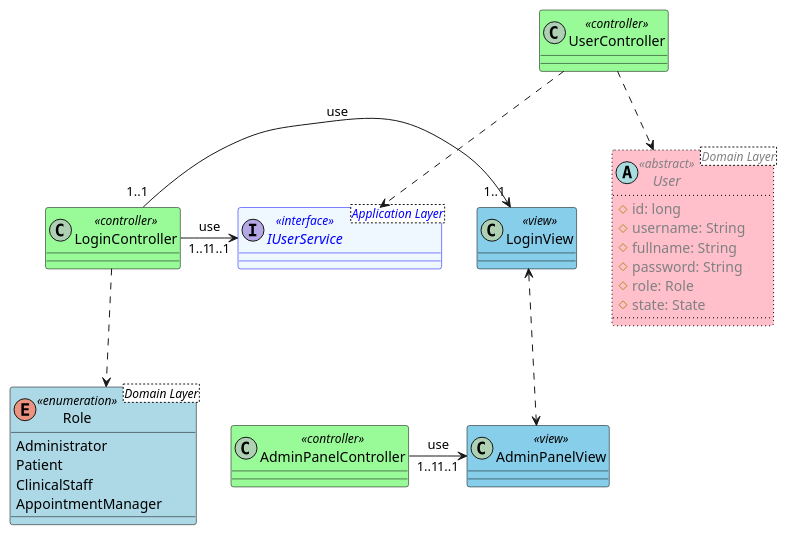
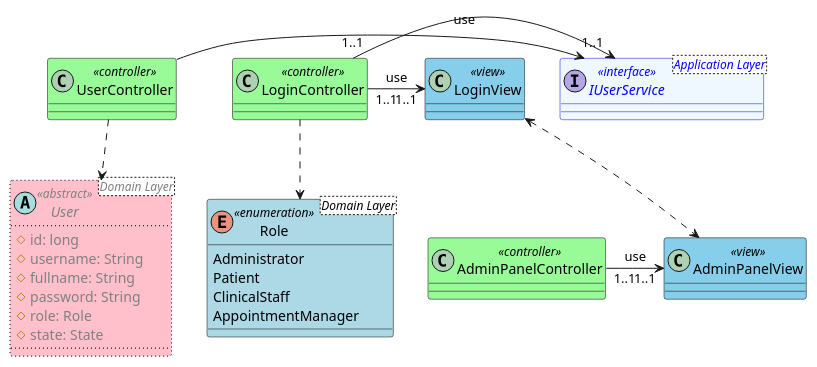
One commit to FernandoMulato/Piedrazul-Medical-Services-Network changed the diagram in 1.Project-with_Monolithic_Architecture/mod_app_piedrazul_medical_services_network/Presentation/dClassPresentation.puml. Above: the diagram before and after it, drawn with PlantUML. The commit also changed 3 other files, not shown here.

```diff
--- a/1.Project-with_Monolithic_Architecture/mod_app_piedrazul_medical_services_network/Presentation/dClassPresentation.puml
+++ b/1.Project-with_Monolithic_Architecture/mod_app_piedrazul_medical_services_network/Presentation/dClassPresentation.puml
@@ -1,49 +1,49 @@
 @startuml PresentationClasses
 
 class UserController <<controller>> #PaleGreen;line:Black;text:Black {
 
 }
 
 class LoginView <<view>> #SkyBlue;line:Black;text:Black {
 
 }
 
 class AdminPanelView <<view>> #SkyBlue;line:Black;text:Black {
 }
 
 class LoginController <<controller>> #PaleGreen;line:Black;text:Black {
 }
 
 class AdminPanelController <<controller>> #PaleGreen;line:Black;text:Black {
 }
 
 ' from domain layer
 abstract User<Domain Layer> <<abstract>> #Pink;line:Black;line.dotted;text:gray {
   # id: long 
   # username: String
   # fullname: String
   # password: String
   # role: Role
   # state: State
 }
 
 ' from application layer
 interface IUserService<Application Layer> <<interface>> #aliceblue;line:blue;text:blue {}
 
 ' from domain layer
 enum Role<Domain Layer> <<enumeration>> #LightBlue;line:Black;text:Black {
   Administrator
   Patient
   ClinicalStaff
   AppointmentManager
 }
 
 UserController ..> User
-UserController ..> IUserService
+UserController -> IUserService
 LoginView <..> AdminPanelView
 LoginController ..> Role
 AdminPanelController "1..1" -> "1..1" AdminPanelView : use
 LoginController "1..1" -> "1..1" LoginView : use
 LoginController "1..1" -> "1..1" IUserService : use
 
 @enduml
```
